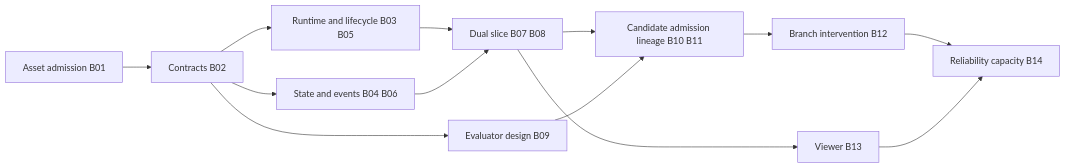
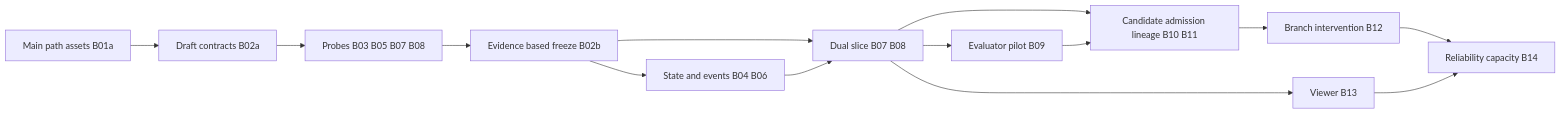
Before and after one commit to ChaunceyKung/Actio-RSI-infra: the diagram in docs/planning/11_mvp_roadmap.md, drawn with Mermaid. The commit also changed other lines of this file and 64 other files, not shown here.

Commit message:
test: validate Actio runtime integration and refine contracts

````diff
--- a/docs/planning/11_mvp_roadmap.md
+++ b/docs/planning/11_mvp_roadmap.md
@@ -7,15 +7,16 @@
 ```mermaid
 flowchart LR
-  A[Asset admission B01] --> C[Contracts B02]
-  C --> R[Runtime and lifecycle B03 B05]
-  C --> S[State and events B04 B06]
-  R --> D[Dual slice B07 B08]
+  A[Main path assets B01a] --> C[Draft contracts B02a]
+  C --> R[Probes B03 B05 B07 B08]
+  R --> F[Evidence based freeze B02b]
+  F --> S[State and events B04 B06]
+  F --> D[Dual slice B07 B08]
   S --> D
-  C --> E[Evaluator design B09]
+  D --> E[Evaluator pilot B09]
   D --> G[Candidate admission lineage B10 B11]
   E --> G
   G --> B[Branch intervention B12]
   D --> O[Viewer B13]
   B --> Q[Reliability capacity B14]
   O --> Q
 ```
````
